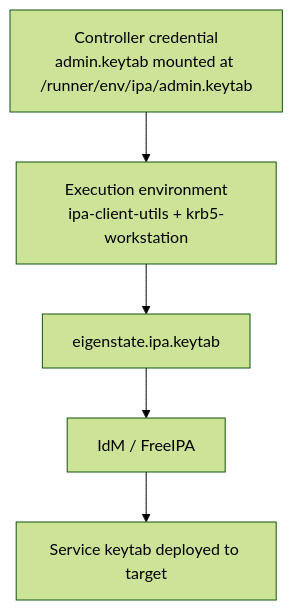
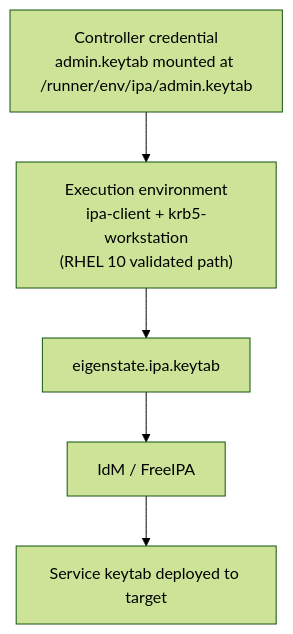
One commit to gprocunier/eigenstate-ipa changed the seventh of 7 diagrams in docs/keytab-use-cases.md. Above: the diagram before and after it, drawn with Mermaid (forest theme). The commit also changed other lines of this file and 6 other files, not shown here.

````diff
--- a/docs/keytab-use-cases.md
+++ b/docs/keytab-use-cases.md
@@ -402,13 +402,13 @@
 ```mermaid
 flowchart TD
     cred["Controller credential\nadmin.keytab mounted at /runner/env/ipa/admin.keytab"]
-    ee["Execution environment\nipa-client-utils + krb5-workstation"]
+    ee["Execution environment\nipa-client + krb5-workstation\n(RHEL 10 validated path)"]
     lookup["eigenstate.ipa.keytab"]
     idm["IdM / FreeIPA"]
     deployed["Service keytab deployed to target"]
 
     cred --> ee
     ee --> lookup
     lookup --> idm
     idm --> deployed
 ```
````
